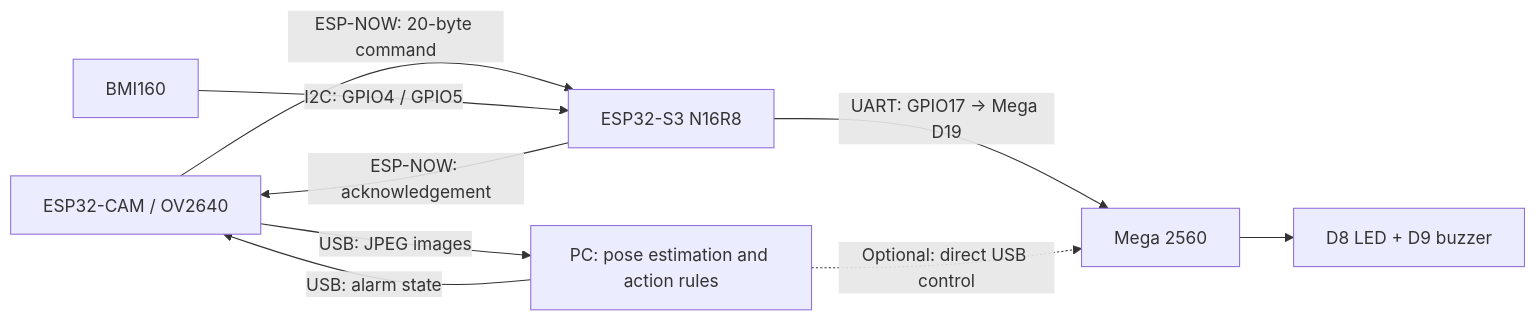
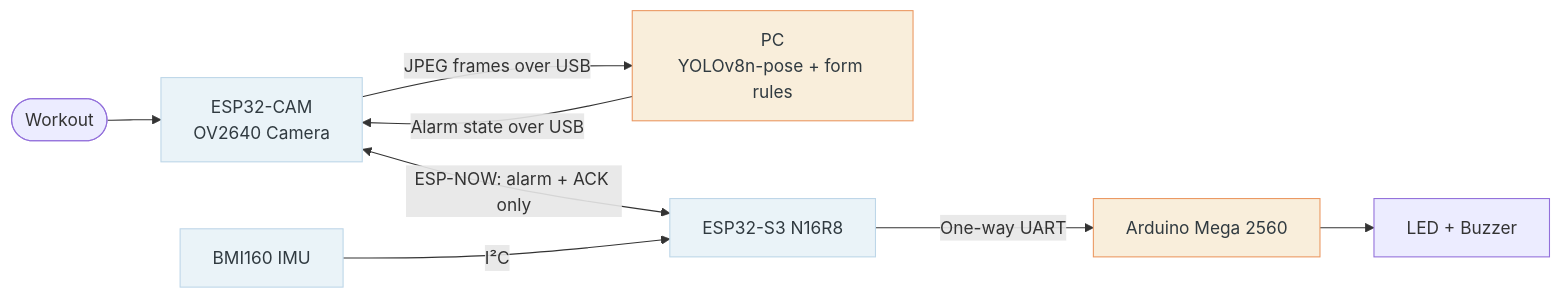
One commit to Steven-ZYC/int4089-fitness-aid-bot changed the diagram in README.md. Above: the diagram before and after it, drawn with Mermaid. The commit also changed other lines of this file and 4 other files, not shown here.

````diff
--- a/README.md
+++ b/README.md
@@ -32,11 +67,14 @@
 ```mermaid
 flowchart LR
-    CAM["ESP32-CAM / OV2640"] -->|"USB: JPEG images"| PC["PC: pose estimation and action rules"]
-    PC -->|"USB: alarm state"| CAM
-    CAM -->|"ESP-NOW: 20-byte command"| S3["ESP32-S3 N16R8"]
-    S3 -->|"ESP-NOW: acknowledgement"| CAM
-    IMU["BMI160"] -->|"I2C: GPIO4 / GPIO5"| S3
-    S3 -->|"UART: GPIO17 -> Mega D19"| MEGA["Mega 2560"]
-    PC -. "Optional: direct USB control" .-> MEGA
-    MEGA --> OUT["D8 LED + D9 buzzer"]
+    U([Workout]) --> CAM[ESP32-CAM<br/>OV2640 Camera]
+    CAM -->|JPEG frames over USB| PC[PC<br/>YOLOv8n-pose + form rules]
+    PC -->|Alarm state over USB| CAM
+    CAM <-->|ESP-NOW: alarm + ACK only| S3[ESP32-S3 N16R8]
+    IMU[BMI160 IMU] -->|I²C| S3
+    S3 -->|One-way UART| MEGA[Arduino Mega 2560]
+    MEGA --> LED[LED + Buzzer]
+    classDef compute fill:#f9eedb,stroke:#eb9861,color:#303a40;
+    classDef sensor fill:#eaf3f8,stroke:#bdd6e8,color:#303a40;
+    class PC,MEGA compute;
+    class CAM,S3,IMU sensor;
 ```
````
